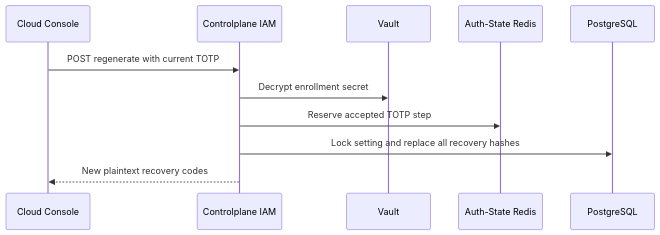
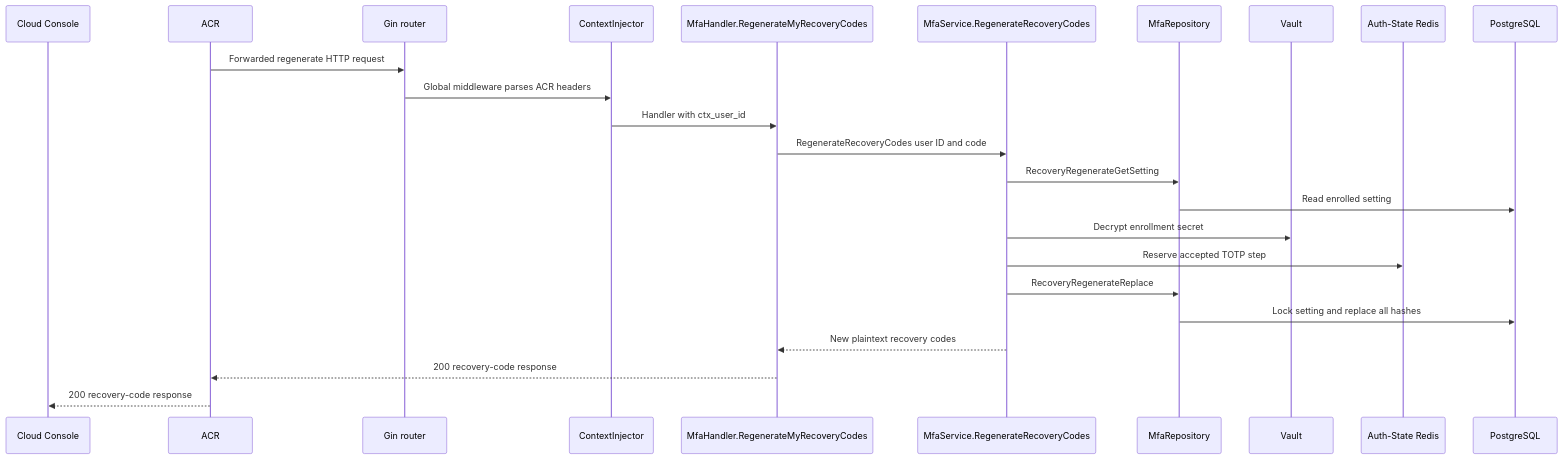
Before and after one commit to phucle996/aurora: the second of 2 diagrams in god_view/iam/user_mfa_recovery_regeneration_god_view_workflow.md, drawn with Mermaid. The commit also changed other lines of this file and 165 other files, not shown here.

````diff
--- a/god_view/iam/user_mfa_recovery_regeneration_god_view_workflow.md
+++ b/god_view/iam/user_mfa_recovery_regeneration_god_view_workflow.md
@@ -31,14 +91,27 @@
 ```mermaid
 sequenceDiagram
     participant UI as Cloud Console
-    participant IAM as Controlplane IAM
+    participant A as ACR
+    participant G as Gin router
+    participant M as ContextInjector
+    participant H as MfaHandler.RegenerateMyRecoveryCodes
+    participant S as MfaService.RegenerateRecoveryCodes
+    participant Repo as MfaRepository
     participant V as Vault
     participant R as Auth-State Redis
     participant DB as PostgreSQL
 
-    UI->>IAM: POST regenerate with current TOTP
-    IAM->>V: Decrypt enrollment secret
-    IAM->>R: Reserve accepted TOTP step
-    IAM->>DB: Lock setting and replace all recovery hashes
-    IAM-->>UI: New plaintext recovery codes
+    A->>G: Forwarded regenerate HTTP request
+    G->>M: Global middleware parses ACR headers
+    M->>H: Handler with ctx_user_id
+    H->>S: RegenerateRecoveryCodes user ID and code
+    S->>Repo: RecoveryRegenerateGetSetting
+    Repo->>DB: Read enrolled setting
+    S->>V: Decrypt enrollment secret
+    S->>R: Reserve accepted TOTP step
+    S->>Repo: RecoveryRegenerateReplace
+    Repo->>DB: Lock setting and replace all hashes
+    S-->>H: New plaintext recovery codes
+    H-->>A: 200 recovery-code response
+    A-->>UI: 200 recovery-code response
 ```
````
